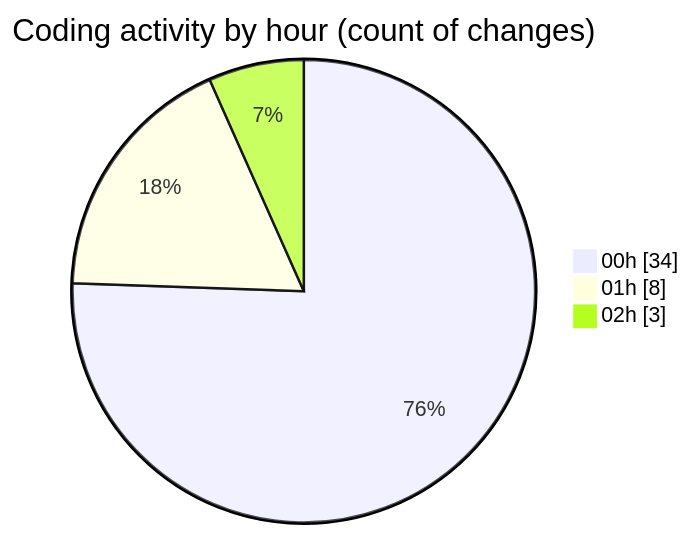
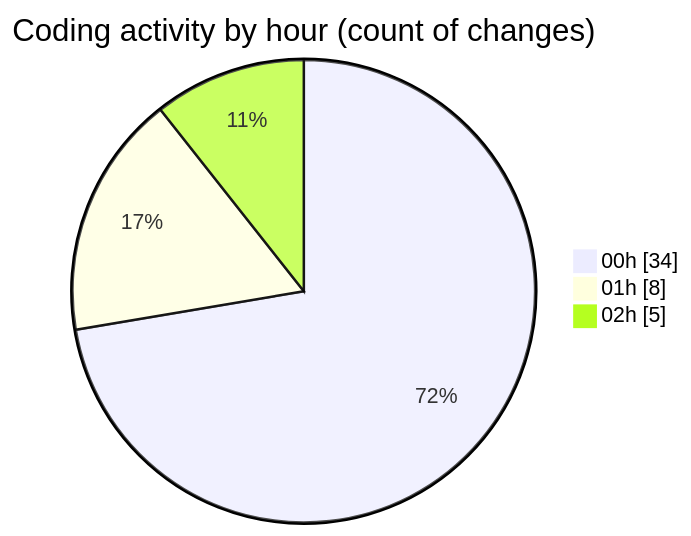
Before and after one commit to Elitesun/code-tracking: the second of 2 diagrams in 2025-05-18/niten/README.md, drawn with Mermaid. The commit also changed other lines of this file and 1 other file, not shown here.

````diff
--- a/2025-05-18/niten/README.md
+++ b/2025-05-18/niten/README.md
@@ -45,7 +46,7 @@
 ```mermaid
 pie showData
 title Coding activity by hour (count of changes)
 "00h" : 34
 "01h" : 8
-"02h" : 3
+"02h" : 5
 ```
````
